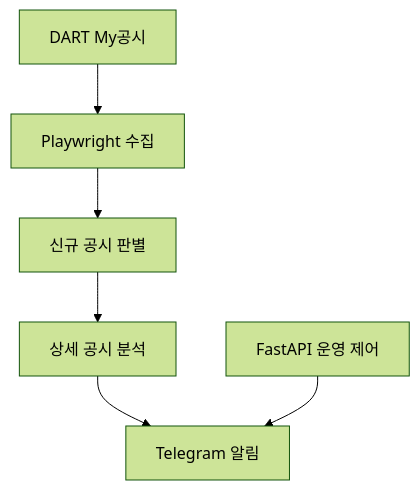
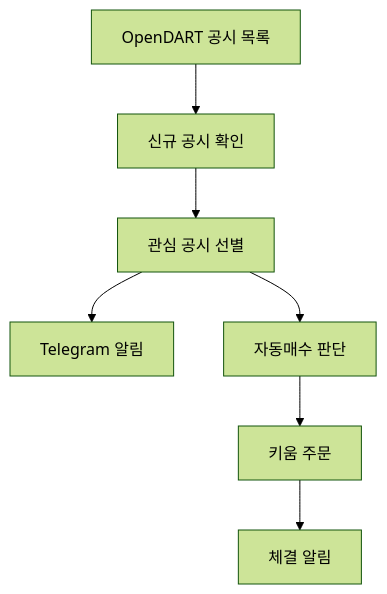
The diagram in README.md (dmswjd37/disclosure-edge), drawn with Mermaid (forest theme) before and after one commit. The commit also changed other lines of this file and 20 other files, not shown here.

Commit message:
feat: DART 공시 기반 키움 자동매수 기능 추가

````diff
--- a/README.md
+++ b/README.md
@@ -23,8 +28,9 @@
 ```mermaid
 flowchart TD
-    A["DART My공시"] --> B["Playwright 수집"]
-    B --> C["신규 공시 판별"]
-    C --> D["상세 공시 분석"]
-    D --> E["Telegram 알림"]
-    F["FastAPI 운영 제어"] --> E
+    A["OpenDART 공시 목록"] --> B["신규 공시 확인"]
+    B --> C["관심 공시 선별"]
+    C --> D["Telegram 알림"]
+    C --> E["자동매수 판단"]
+    E --> F["키움 주문"]
+    F --> G["체결 알림"]
 ```
````
